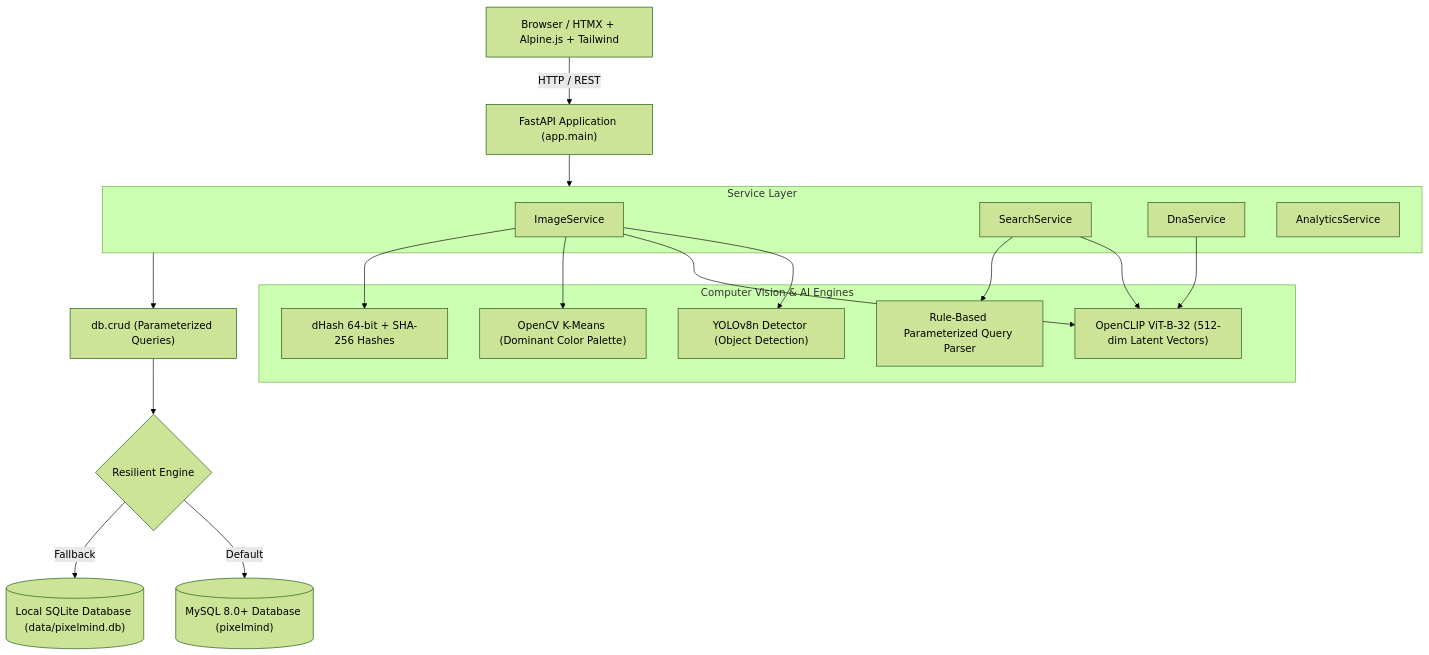
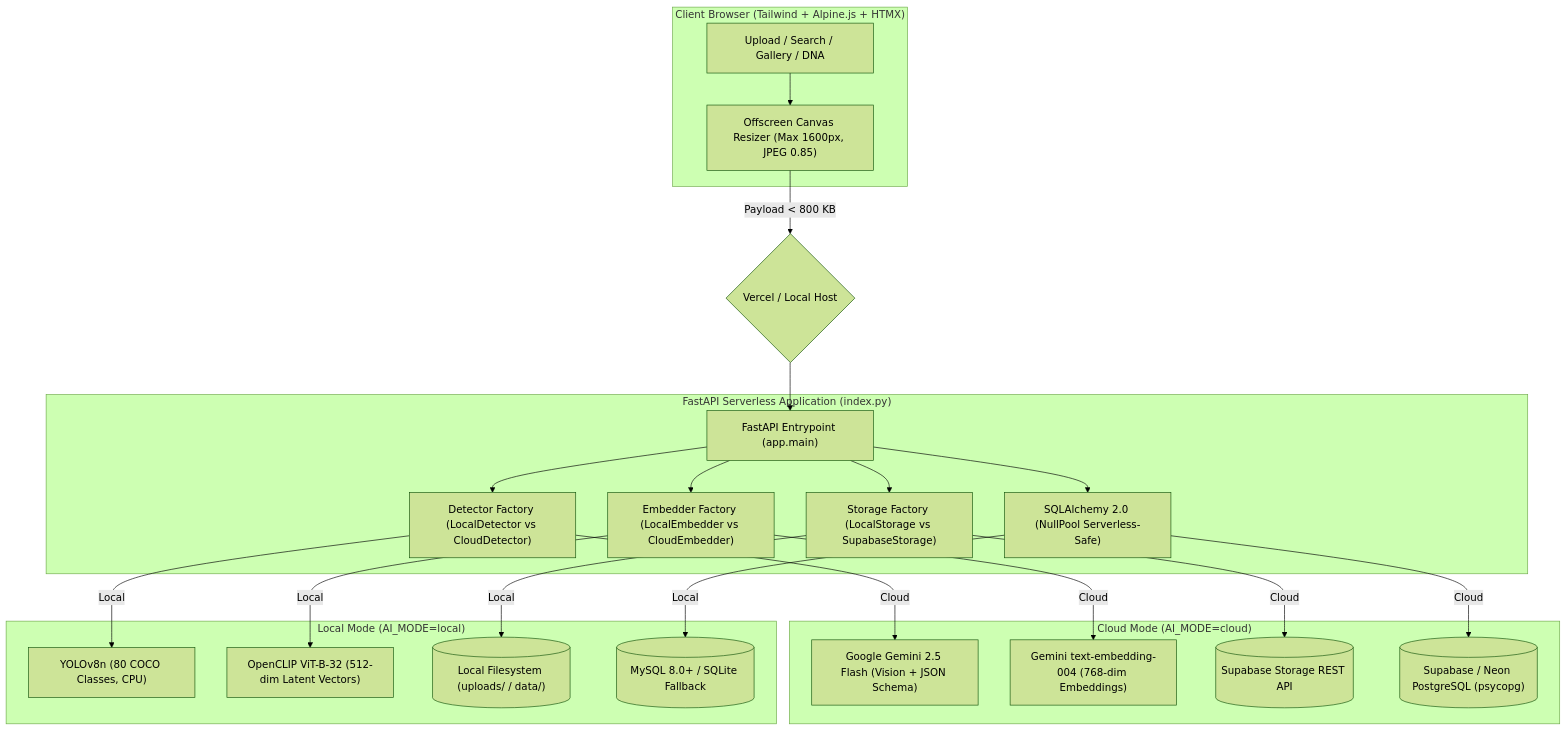
Before and after one commit to joelmalin13/Photo-to-database-automation-system: the diagram in README.md, drawn with Mermaid (forest theme). The commit also changed other lines of this file and 59 other files, not shown here.

Commit message:
feat: Dual-mode Vercel serverless deployment & client-side compression pipeline

````diff
--- a/README.md
+++ b/README.md
@@ -18,33 +34,47 @@
 ```mermaid
 flowchart TD
-    Client["Browser / HTMX + Alpine.js + Tailwind"] -->|HTTP / REST| API["FastAPI Application (app.main)"]
-    API --> ServiceLayer["Service Layer (app/services)"]
-    
-    subgraph ServiceLayer ["Service Layer"]
-        ImageSvc["ImageService"]
-        SearchSvc["SearchService"]
-        DnaSvc["DnaService"]
-        AnalyticsSvc["AnalyticsService"]
-    end
-    
-    subgraph AI_Engines ["Computer Vision & AI Engines"]
-        YOLO["YOLOv8n Detector (Object Detection)"]
-        CLIP["OpenCLIP ViT-B-32 (512-dim Latent Vectors)"]
-        KMeans["OpenCV K-Means (Dominant Color Palette)"]
-        PerceptualHash["dHash 64-bit + SHA-256 Hashes"]
-        QueryParser["Rule-Based Parameterized Query Parser"]
+    subgraph Client ["Client Browser (Tailwind + Alpine.js + HTMX)"]
+        UI["Upload / Search / Gallery / DNA"]
+        Canvas["Offscreen Canvas Resizer (Max 1600px, JPEG 0.85)"]
+        UI --> Canvas
     end
 
-    ImageSvc --> YOLO
-    ImageSvc --> CLIP
-    ImageSvc --> KMeans
-    ImageSvc --> PerceptualHash
-    SearchSvc --> CLIP
-    SearchSvc --> QueryParser
-    DnaSvc --> CLIP
+    Canvas -->|Payload < 800 KB| Router{"Vercel / Local Host"}
 
-    ServiceLayer --> CRUD["db.crud (Parameterized Queries)"]
-    CRUD --> EngineRouter{"Resilient Engine"}
-    EngineRouter -->|Default| MySQL[("MySQL 8.0+ Database (pixelmind)")]
-    EngineRouter -->|Fallback| SQLite[("Local SQLite Database (data/pixelmind.db)")]
+    subgraph Serverless ["FastAPI Serverless Application (index.py)"]
+        App["FastAPI Entrypoint (app.main)"]
+        StorageFactory["Storage Factory (LocalStorage vs SupabaseStorage)"]
+        DetectorFactory["Detector Factory (LocalDetector vs CloudDetector)"]
+        EmbedderFactory["Embedder Factory (LocalEmbedder vs CloudEmbedder)"]
+        DBPool["SQLAlchemy 2.0 (NullPool Serverless-Safe)"]
+    end
+
+    Router --> App
+    App --> StorageFactory
+    App --> DetectorFactory
+    App --> EmbedderFactory
+    App --> DBPool
+
+    subgraph CloudStack ["Cloud Mode (AI_MODE=cloud)"]
+        Gemini["Google Gemini 2.5 Flash (Vision + JSON Schema)"]
+        GeminiEmbed["Gemini text-embedding-004 (768-dim Embeddings)"]
+        SupaStore[("Supabase Storage REST API")]
+        SupaDB[("Supabase / Neon PostgreSQL (psycopg)")]
+    end
+
+    subgraph LocalStack ["Local Mode (AI_MODE=local)"]
+        YOLO["YOLOv8n (80 COCO Classes, CPU)"]
+        CLIP["OpenCLIP ViT-B-32 (512-dim Latent Vectors)"]
+        LocalDisk[("Local Filesystem (uploads/ / data/)")]
+        LocalDB[("MySQL 8.0+ / SQLite Fallback")]
+    end
+
+    DetectorFactory -->|Cloud| Gemini
+    DetectorFactory -->|Local| YOLO
+    EmbedderFactory -->|Cloud| GeminiEmbed
+    EmbedderFactory -->|Local| CLIP
+    StorageFactory -->|Cloud| SupaStore
+    StorageFactory -->|Local| LocalDisk
+    DBPool -->|Cloud| SupaDB
+    DBPool -->|Local| LocalDB
 ```
````
